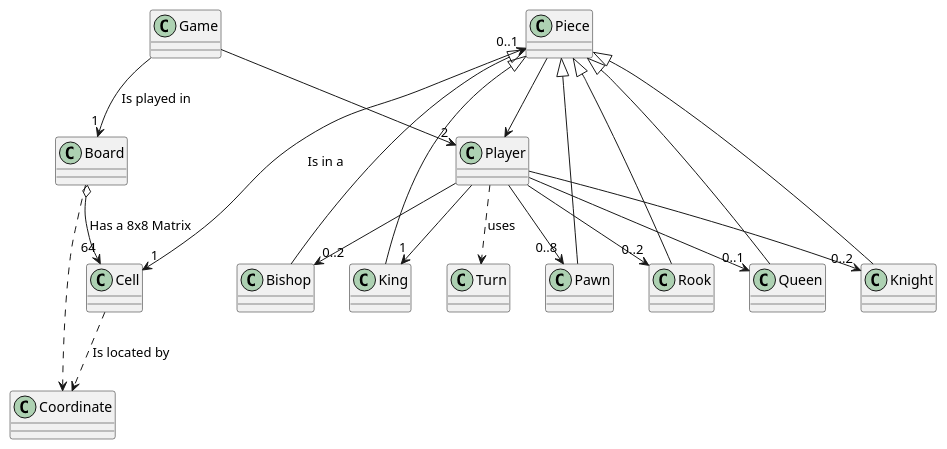
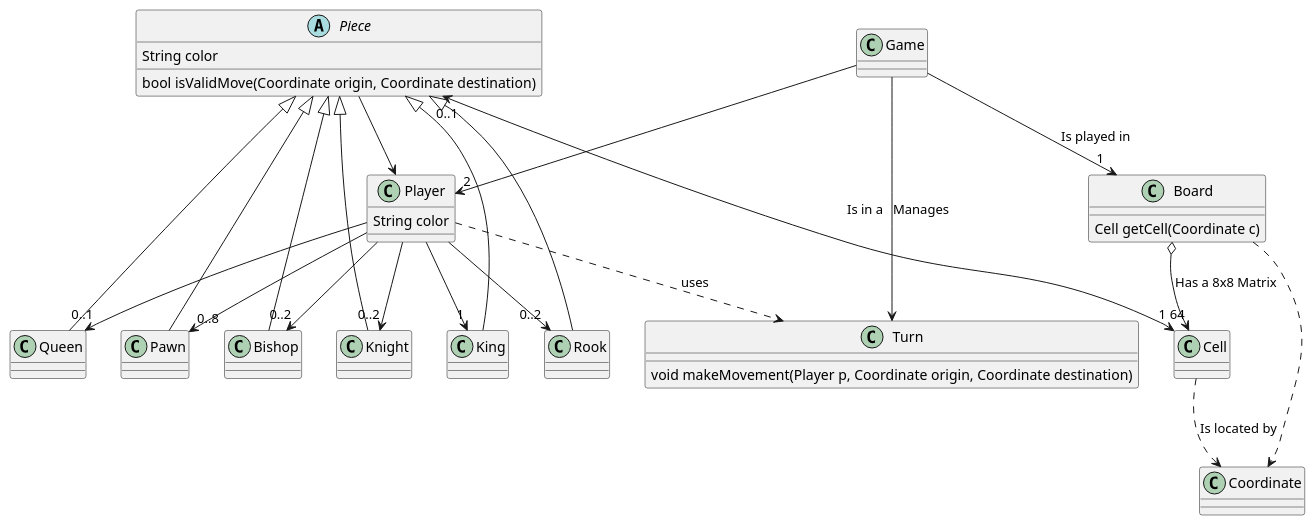
The diagram in chess/DomainModel.puml (gio8tisu/arqsoft-board-games), drawn with PlantUML before and after one commit. The commit also changed 1 other file, not shown here.

```diff
--- a/chess/DomainModel.puml
+++ b/chess/DomainModel.puml
@@ -10,25 +10,40 @@
 @startuml
+
+abstract class Piece {
+    String color
+    bool isValidMove(Coordinate origin, Coordinate destination)
+}
+class Board {
+    Cell getCell(Coordinate c)
+}
+class Turn {
+    void makeMovement(Player p, Coordinate origin, Coordinate destination)
+}
+class Player {
+    String color
+}
 
 Game --> "2" Player
 Game --> "1" Board : Is played in
+Game --> Turn : Manages
 Piece <|-- King
 Piece <|-- Queen
 Piece <|-- Rook
 Piece <|-- Knight
 Piece <|-- Bishop
 Piece <|-- Pawn
 
 Piece --> Player
 Piece "0..1" <--> "1" Cell : Is in a
 Player --> "1" King
 Player --> "0..1" Queen
 Player --> "0..2" Rook
 Player --> "0..2" Knight
 Player --> "0..2" Bishop
 Player --> "0..8" Pawn
 Player ..> Turn : uses
 Cell ..> Coordinate : Is located by
 Board o--> "64" Cell : Has a 8x8 Matrix
 Board ..> Coordinate
 
 @enduml
```
